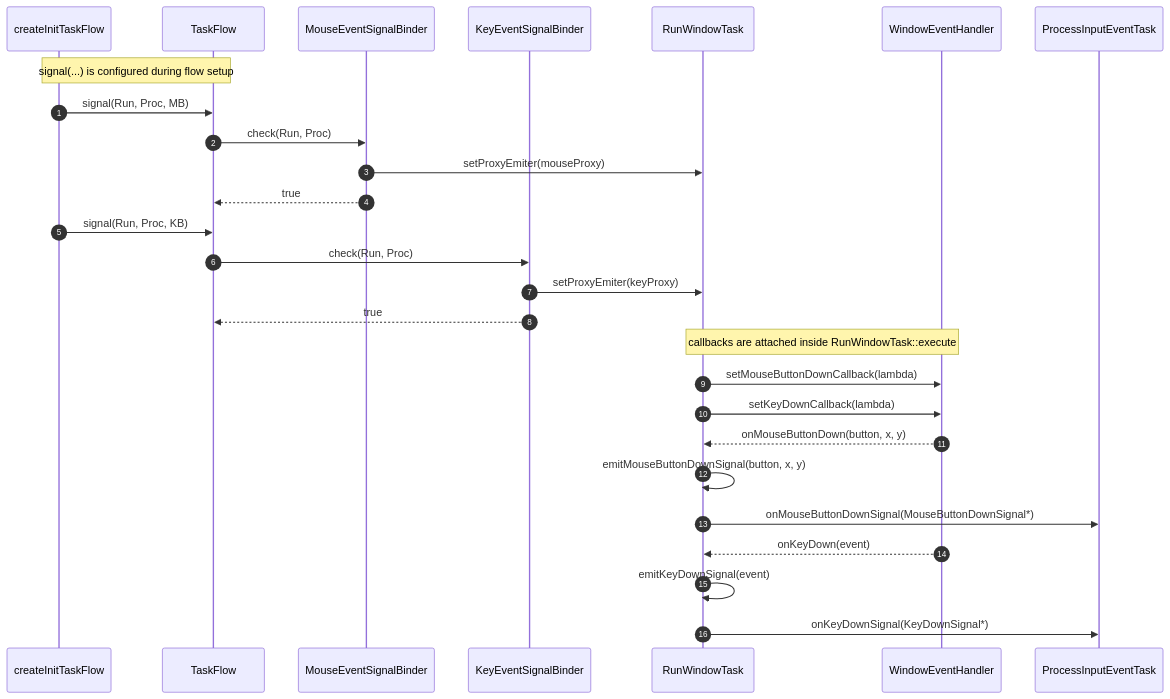
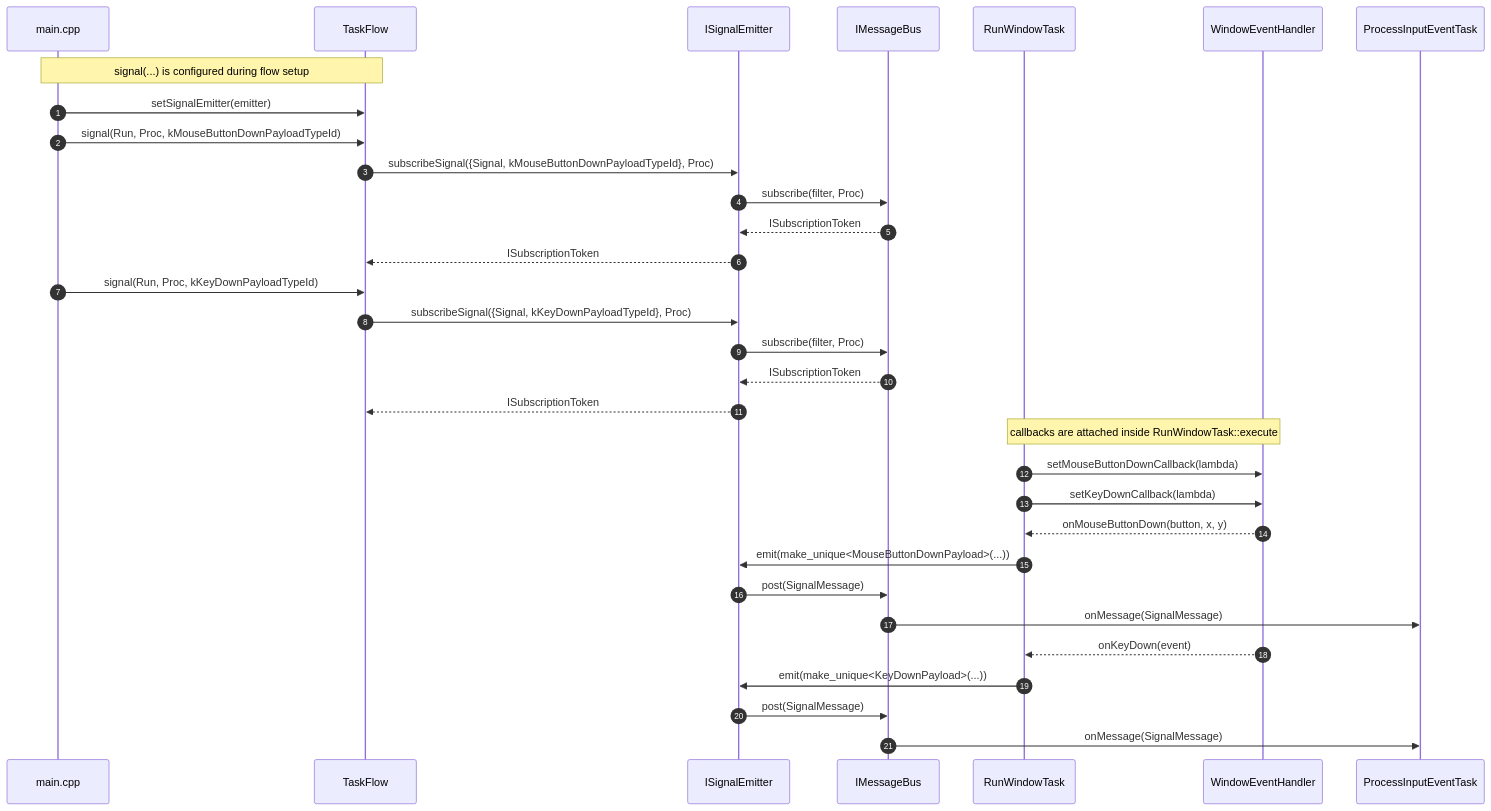
Before and after one commit to vigine-dev/Vigine: the second of 2 diagrams in doc/signals-class-diagram.md, drawn with Mermaid. The commit also changed other lines of this file and 7 other files, not shown here.

````diff
--- a/doc/signals-class-diagram.md
+++ b/doc/signals-class-diagram.md
@@ -90,36 +68,41 @@
 ```mermaid
 sequenceDiagram
 autonumber
 
-participant Main as createInitTaskFlow
+participant Main as main.cpp
 participant TF as TaskFlow
-participant MB as MouseEventSignalBinder
-participant KB as KeyEventSignalBinder
+participant Emitter as ISignalEmitter
+participant Bus as IMessageBus
 participant Run as RunWindowTask
 participant Handler as WindowEventHandler
 participant Proc as ProcessInputEventTask
 
 Note over Main,TF: signal(...) is configured during flow setup
 
-Main->>TF: signal(Run, Proc, MB)
-TF->>MB: check(Run, Proc)
-MB->>Run: setProxyEmiter(mouseProxy)
-MB-->>TF: true
+Main->>TF: setSignalEmitter(emitter)
+Main->>TF: signal(Run, Proc, kMouseButtonDownPayloadTypeId)
+TF->>Emitter: subscribeSignal({Signal, kMouseButtonDownPayloadTypeId}, Proc)
+Emitter->>Bus: subscribe(filter, Proc)
+Bus-->>Emitter: ISubscriptionToken
+Emitter-->>TF: ISubscriptionToken
 
-Main->>TF: signal(Run, Proc, KB)
-TF->>KB: check(Run, Proc)
-KB->>Run: setProxyEmiter(keyProxy)
-KB-->>TF: true
+Main->>TF: signal(Run, Proc, kKeyDownPayloadTypeId)
+TF->>Emitter: subscribeSignal({Signal, kKeyDownPayloadTypeId}, Proc)
+Emitter->>Bus: subscribe(filter, Proc)
+Bus-->>Emitter: ISubscriptionToken
+Emitter-->>TF: ISubscriptionToken
 
 Note over Run,Handler: callbacks are attached inside RunWindowTask::execute
 Run->>Handler: setMouseButtonDownCallback(lambda)
 Run->>Handler: setKeyDownCallback(lambda)
 
 Handler-->>Run: onMouseButtonDown(button, x, y)
-Run->>Run: emitMouseButtonDownSignal(button, x, y)
-Run->>Proc: onMouseButtonDownSignal(MouseButtonDownSignal*)
+Run->>Emitter: emit(make_unique<MouseButtonDownPayload>(...))
+Emitter->>Bus: post(SignalMessage)
+Bus->>Proc: onMessage(SignalMessage)
 
 Handler-->>Run: onKeyDown(event)
-Run->>Run: emitKeyDownSignal(event)
-Run->>Proc: onKeyDownSignal(KeyDownSignal*)
+Run->>Emitter: emit(make_unique<KeyDownPayload>(...))
+Emitter->>Bus: post(SignalMessage)
+Bus->>Proc: onMessage(SignalMessage)
 ```
````
